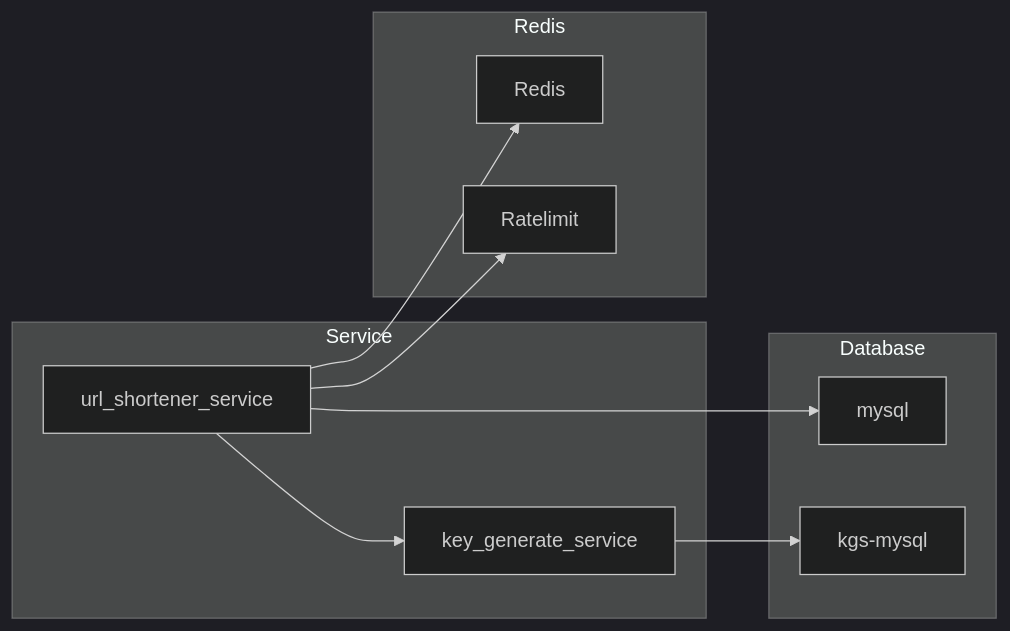
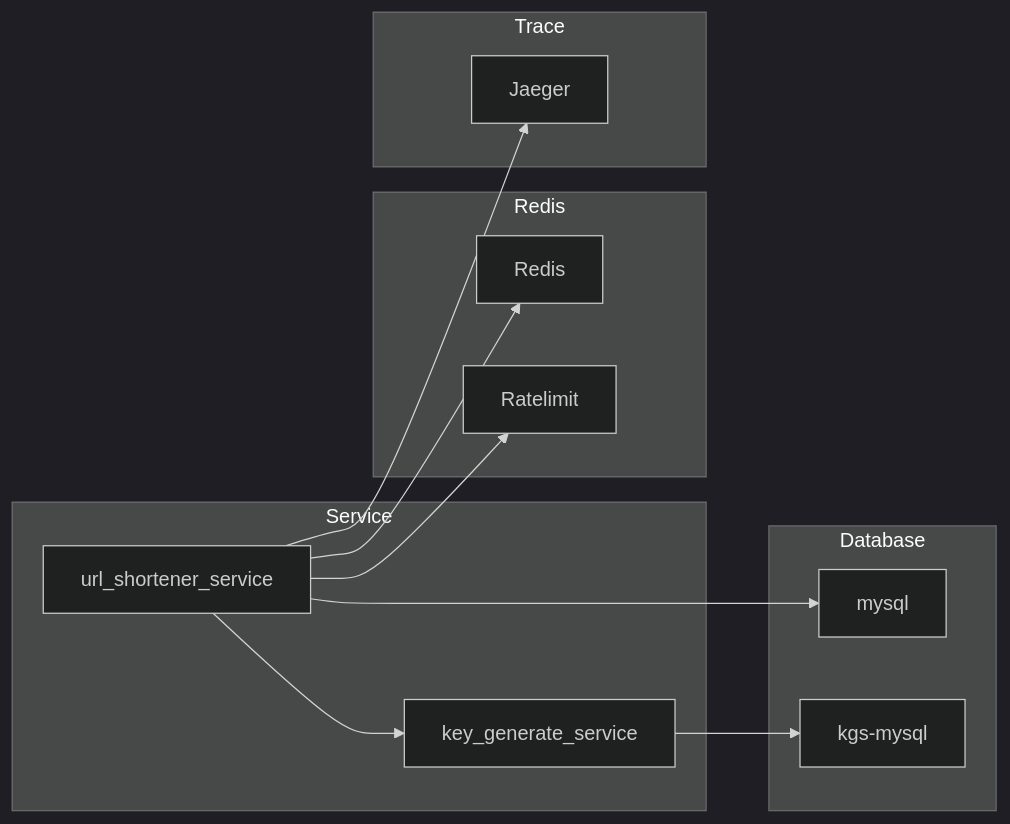
The diagram in readme.md (z0890142/URL_Shortener), drawn with Mermaid (dark theme) before and after one commit. The commit also changed other lines of this file and 1 other file, not shown here.

````diff
--- a/readme.md
+++ b/readme.md
@@ -3,25 +3,30 @@
 ```mermaid
 
 graph LR
 
 subgraph Service 
   service1[url_shortener_service]
   service2[key_generate_service]
 end
 
 subgraph Database
   database1[mysql]
   database2[kgs-mysql]
 end
 
 subgraph Redis
   Redis1[Redis]
   Redis2[Ratelimit]
 end
 
+subgraph Trace
+  Trace1[Jaeger]
+end
+
+service1 --> Trace1
 service1 --> service2
 service1 --> Redis1
 service1 --> Redis2
 service1 --> database1
 service2 --> database2
 ```
````
